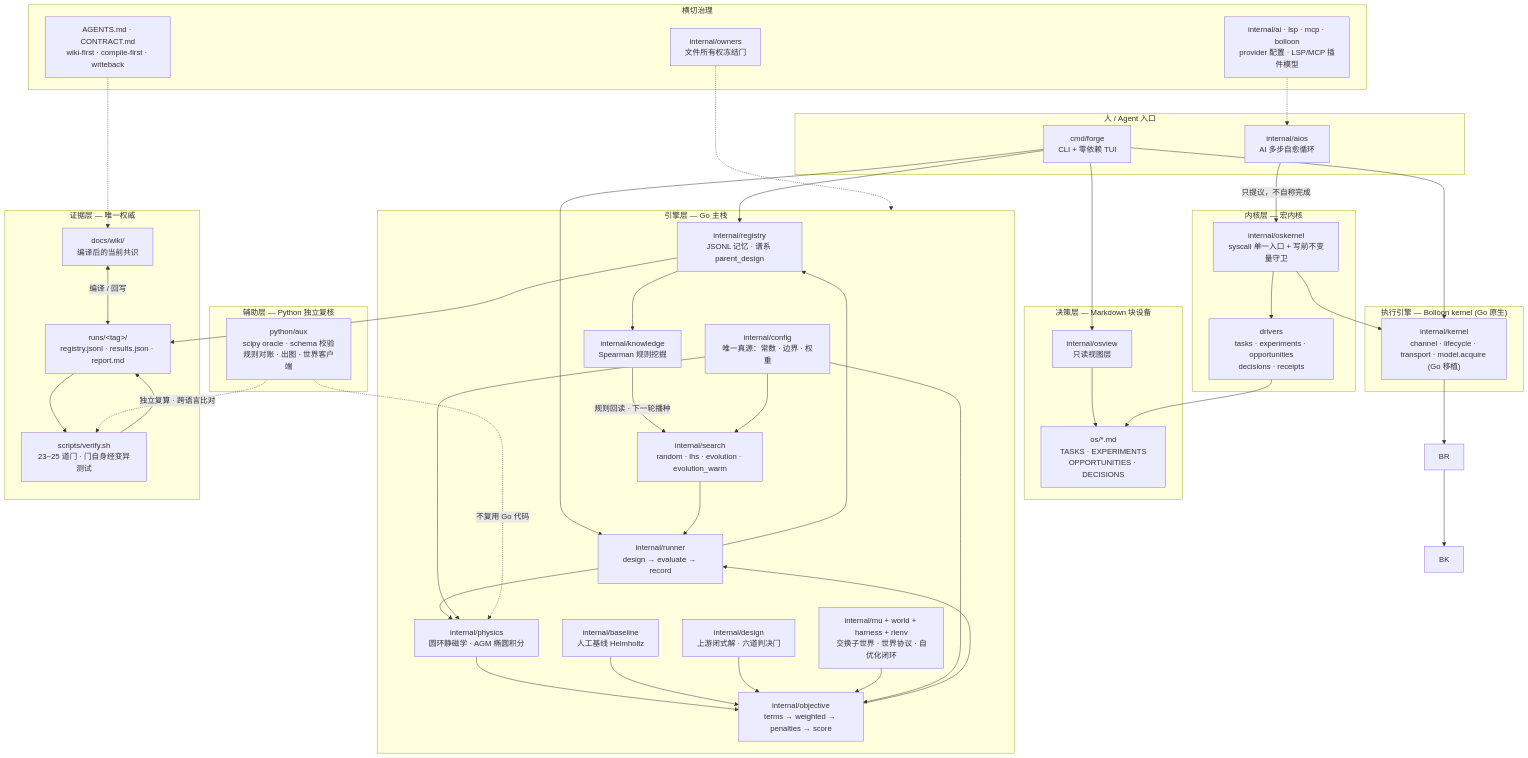
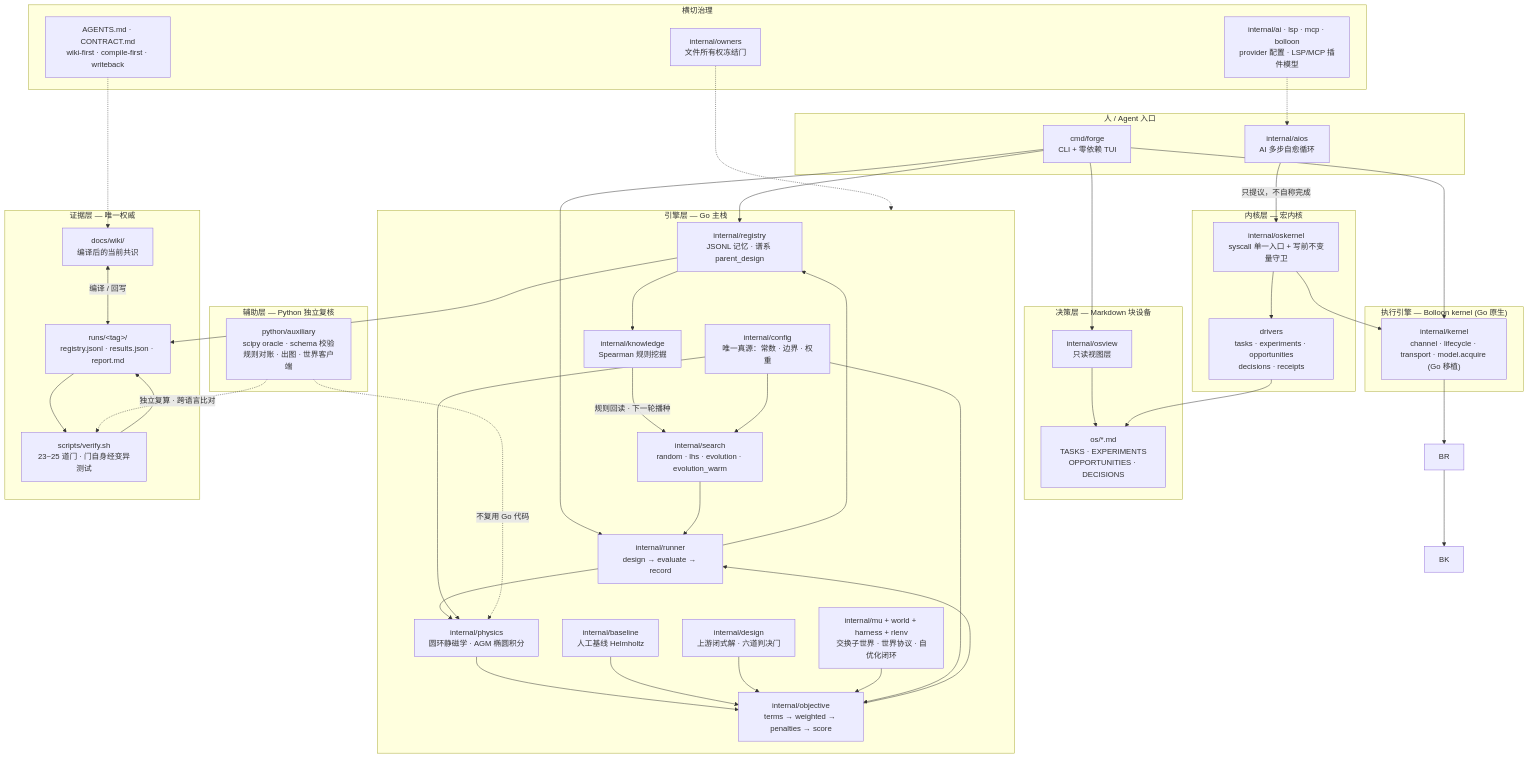
One commit to logos-42/hushfusion-forge changed the diagram in docs/architecture.md. Above: the diagram before and after it, drawn with Mermaid. The commit also changed other lines of this file and 36 other files, not shown here.

```diff
--- a/docs/architecture.md
+++ b/docs/architecture.md
@@ -42,7 +42,7 @@
     end
 
     subgraph L5["辅助层 — Python 独立复核"]
-        PY["python/aux<br/>scipy oracle · schema 校验<br/>规则对账 · 出图 · 世界客户端"]
+        PY["python/auxiliary<br/>scipy oracle · schema 校验<br/>规则对账 · 出图 · 世界客户端"]
     end
 
     subgraph L6["证据层 — 唯一权威"]
```
